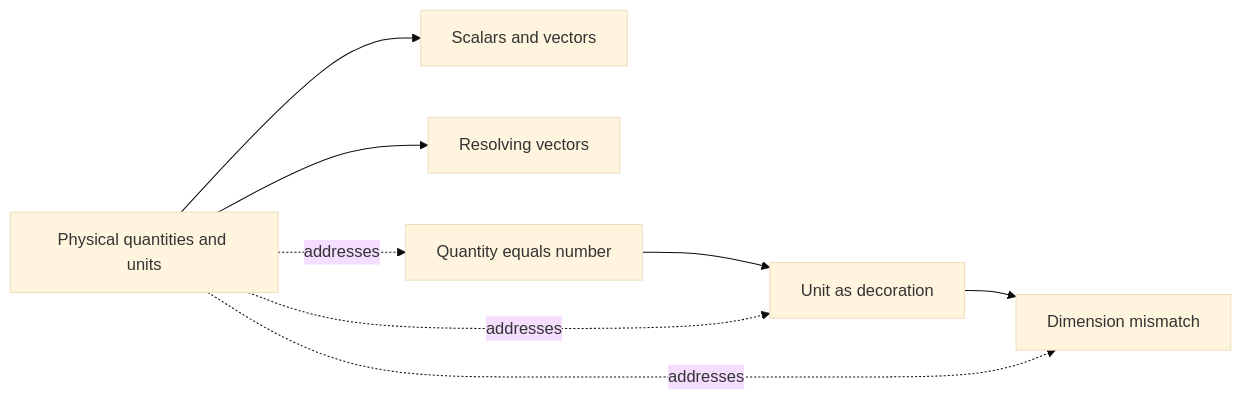
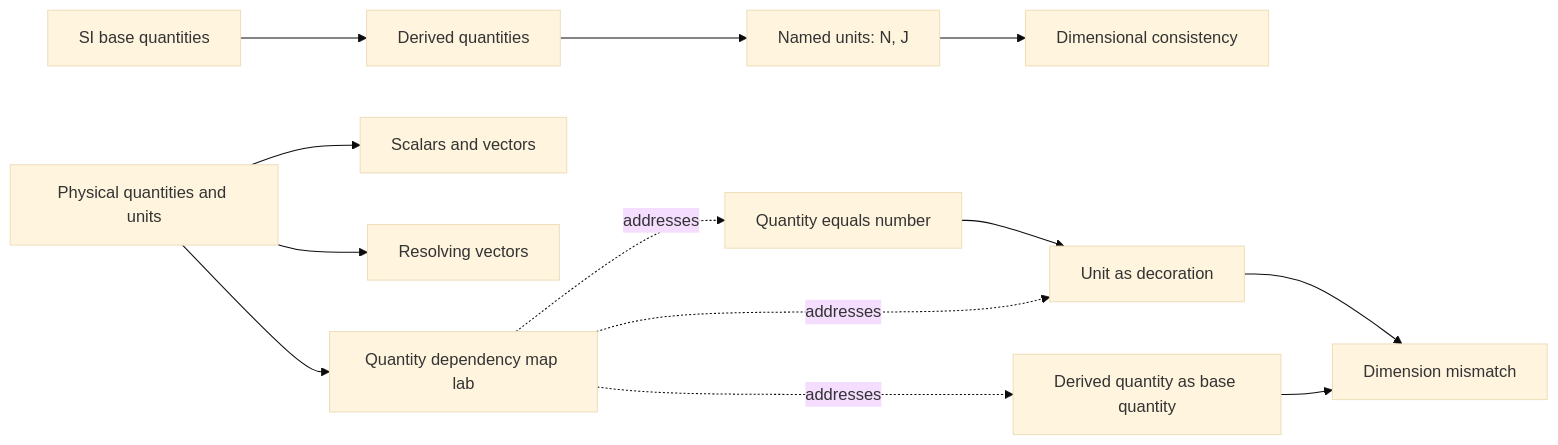
The diagram in a-level/content/physics/containers/physical-quantities-and-units/concept-map/graph.mmd (anieyrudh/Paideia), drawn with Mermaid (base theme) before and after one commit. The commit also changed 22 other files, not shown here.

Commit message:
feat(a-level): productize physical quantities container

```diff
--- a/a-level/content/physics/containers/physical-quantities-and-units/concept-map/graph.mmd
+++ b/a-level/content/physics/containers/physical-quantities-and-units/concept-map/graph.mmd
@@ -1,8 +1,13 @@
 flowchart LR
-  current["Physical quantities and units"] --> scalars["Scalars and vectors"]
+  current["Physical quantities and units"] --> map["Quantity dependency map lab"]
+  current --> scalars["Scalars and vectors"]
   current --> resolving["Resolving vectors"]
+  base["SI base quantities"] --> derived["Derived quantities"]
+  derived --> named["Named units: N, J"]
+  named --> equations["Dimensional consistency"]
   number["Quantity equals number"] --> decoration["Unit as decoration"]
   decoration --> mismatch["Dimension mismatch"]
-  current -. addresses .-> number
-  current -. addresses .-> decoration
-  current -. addresses .-> mismatch
+  derivedBase["Derived quantity as base quantity"] --> mismatch
+  map -. addresses .-> number
+  map -. addresses .-> decoration
+  map -. addresses .-> derivedBase
```
